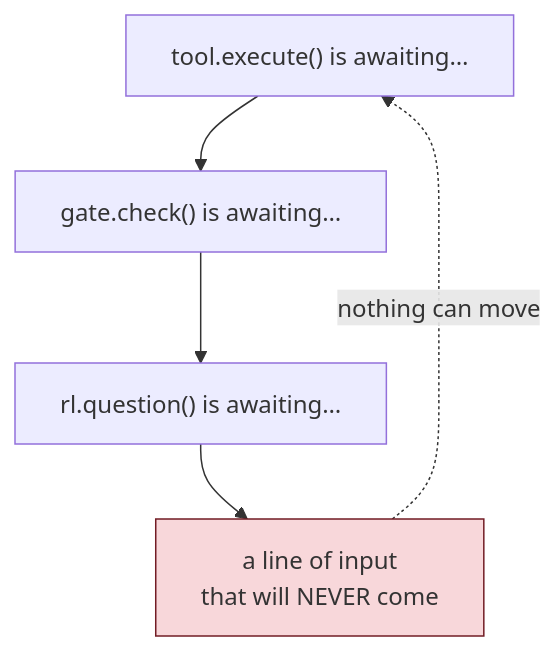
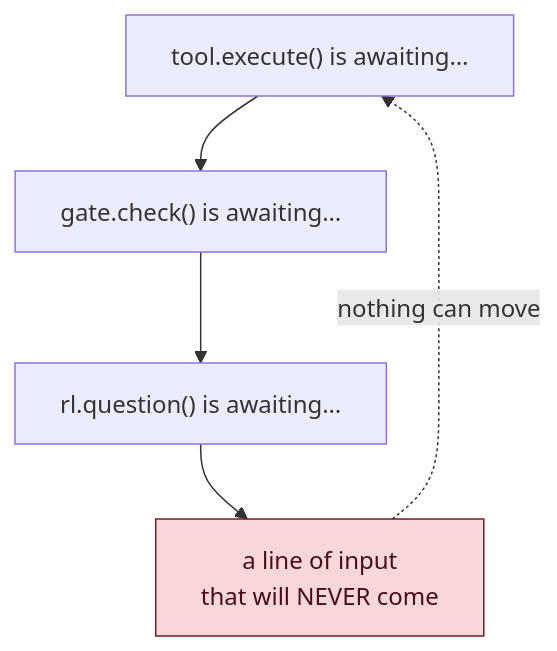
The third of 6 diagrams in learning/day-3/05-cancellation.md (bairoy/KRIMICODE), drawn with Mermaid before and after one commit. The commit also changed other lines of this file and 7 other files, not shown here.

Commit message:
improved the mermaid diagram rendering

````diff
--- a/learning/day-3/05-cancellation.md
+++ b/learning/day-3/05-cancellation.md
@@ -198,9 +198,9 @@
 ```mermaid
 flowchart TD
     A["tool.execute() is awaiting…"] --> B["gate.check() is awaiting…"]
     B --> C["rl.question() is awaiting…"]
     C --> D["a line of input<br/>that will NEVER come"]
     D -.->|"nothing can move"| A
 
-    style D fill:#f8d7da,stroke:#721c24
+    style D fill:#f8d7da,stroke:#721c24,color:#4a0f16
 ```
````
